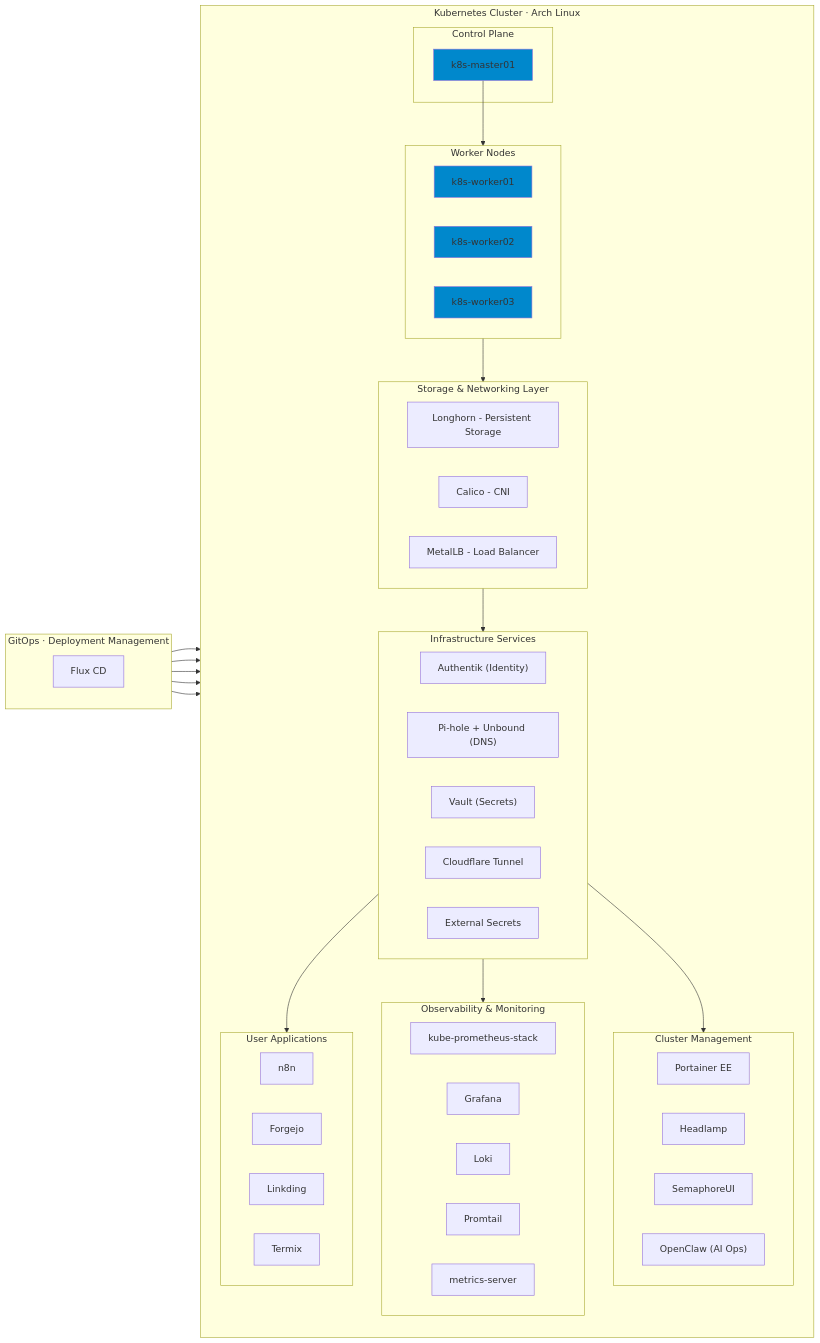
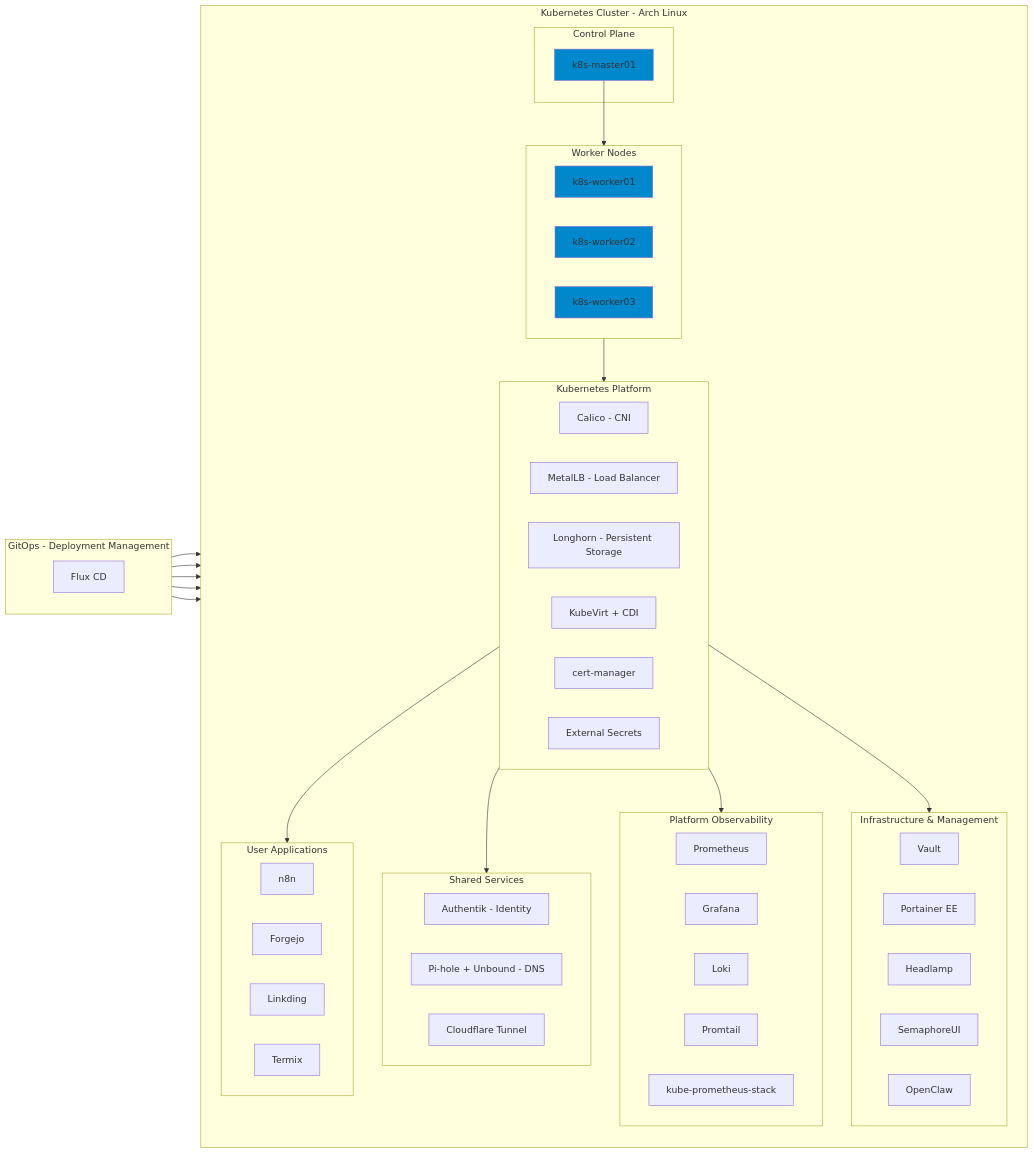
The diagram in Readme.md (ivanversluis/homelabs), drawn with Mermaid before and after one commit. The commit also changed other lines of this file and 11 other files, not shown here.

Commit message:
docs(platform): align paths and architecture guidance

```diff
--- a/Readme.md
+++ b/Readme.md
@@ -21,34 +21,36 @@
         W2["k8s-worker02"]
         W3["k8s-worker03"]
   end
- subgraph CoreServices["Storage & Networking Layer"]
+ subgraph Platform["Kubernetes Platform"]
     direction LR
-        LH["Longhorn - Persistent Storage"]
         CL["Calico - CNI"]
         LB["MetalLB - Load Balancer"]
+        LH["Longhorn - Persistent Storage"]
+        KV["KubeVirt + CDI"]
+        CERT["cert-manager"]
+        ESO["External Secrets"]
   end
- subgraph Infra["Infrastructure Services"]
+ subgraph SharedServices["Shared Services"]
     direction LR
-        ID["Authentik (Identity)"]
-        DNS["Pi-hole + Unbound (DNS)"]
-        VAULT["Vault (Secrets)"]
+        ID["Authentik - Identity"]
+        DNS["Pi-hole + Unbound - DNS"]
         TUN["Cloudflare Tunnel"]
-        EXT["External Secrets"]
   end
- subgraph Observability["Observability & Monitoring"]
+ subgraph Observability["Platform Observability"]
     direction LR
-        PROM["kube-prometheus-stack"]
+        PROM["Prometheus"]
         GRAF["Grafana"]
         LOKI["Loki"]
         PRTL["Promtail"]
-        MS["metrics-server"]
+        KPS["kube-prometheus-stack"]
   end
- subgraph Management["Cluster Management"]
+ subgraph Infra["Infrastructure & Management"]
     direction LR
+        VAULT["Vault"]
         PORT["Portainer EE"]
         HEAD["Headlamp"]
         SEM["SemaphoreUI"]
-        OC["OpenClaw (AI Ops)"]
+        OC["OpenClaw"]
   end
  subgraph Apps["User Applications"]
     direction LR
@@ -57,27 +59,27 @@
         LKD["Linkding"]
         TMX["Termix"]
   end
- subgraph K8S["Kubernetes Cluster · Arch Linux"]
+ subgraph K8S["Kubernetes Cluster - Arch Linux"]
     direction TB
         ControlPlane
         Workers
-        CoreServices
+        Platform
+        SharedServices
+        Observability
         Infra
-        Observability
-        Management
         Apps
   end
- subgraph GitOps["GitOps · Deployment Management"]
+ subgraph GitOps["GitOps - Deployment Management"]
     direction TB
         FLUX["Flux CD"]
   end
     CP --> Workers
-    Workers --> CoreServices
-    FLUX --> CoreServices & Infra & Observability & Management & Apps
-    CoreServices --> Infra
-    Infra --> Observability
-    Infra --> Management
-    Infra --> Apps
+    Workers --> Platform
+    FLUX --> Platform & SharedServices & Observability & Infra & Apps
+    Platform --> SharedServices
+    Platform --> Observability
+    Platform --> Infra
+    Platform --> Apps
   style CP fill:#0088cc
   style W1 fill:#0088cc
   style W2 fill:#0088cc
```
